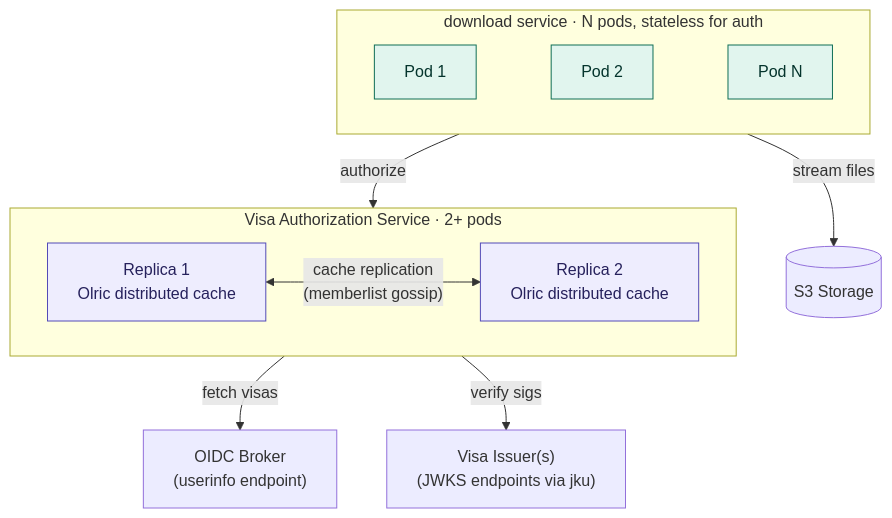
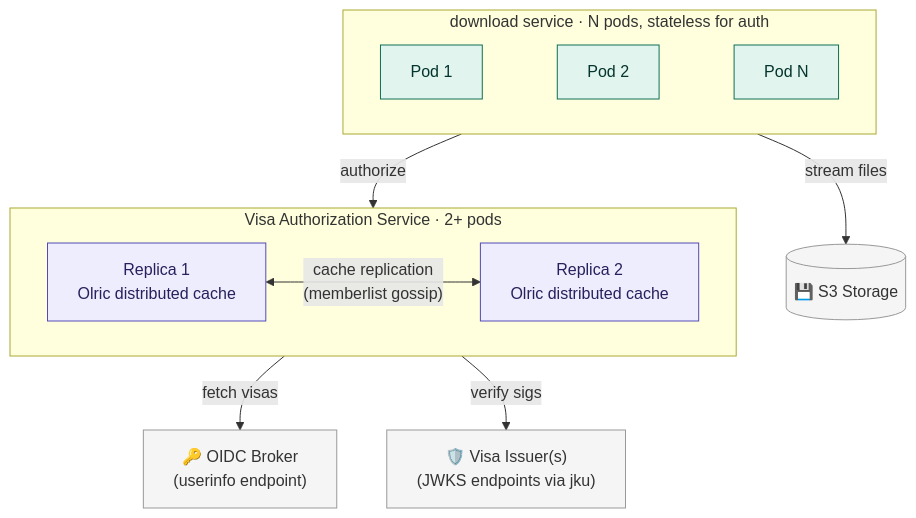
The second of 2 diagrams in docs/decisions/0004-separate-passport-clearinghouse-service.md (neicnordic/sensitive-data-archive), drawn with Mermaid before and after one commit. The commit also changed other lines of this file, not shown here.

Commit message:
docs(adr): improve Mermaid diagrams in ADR-0004
- Use classDef instead of per-node style for DRY reusable classes
- Add semantic icons (🔑 OIDC, 🛡️ JWKS, 💾 S3)
- Style external services with neutral gray to focus on SDA services
- Consistent color language across both diagrams

````diff
--- a/docs/decisions/0004-separate-passport-clearinghouse-service.md
+++ b/docs/decisions/0004-separate-passport-clearinghouse-service.md
@@ -147,28 +149,29 @@
 ```mermaid
 flowchart TB
     subgraph download["download service · N pods, stateless for auth"]
         D1["Pod 1"] ~~~ D2["Pod 2"] ~~~ DN["Pod N"]
     end
 
     subgraph auth["Visa Authorization Service · 2+ pods"]
         direction LR
         CH1["Replica 1\nOlric distributed cache"]
         CH2["Replica 2\nOlric distributed cache"]
         CH1 <-->|"cache replication\n(memberlist gossip)"| CH2
     end
 
-    OIDC["OIDC Broker\n(userinfo endpoint)"]
-    JWKS["Visa Issuer(s)\n(JWKS endpoints via jku)"]
-    S3[("S3 Storage")]
+    OIDC["🔑 OIDC Broker\n(userinfo endpoint)"]
+    JWKS["🛡️ Visa Issuer(s)\n(JWKS endpoints via jku)"]
+    S3[("💾 S3 Storage")]
 
     download -->|"authorize"| auth
     download -->|"stream files"| S3
     auth -->|"fetch visas"| OIDC
     auth -->|"verify sigs"| JWKS
 
-    style D1 fill:#e1f5ee,stroke:#0f6e56,color:#04342c
-    style D2 fill:#e1f5ee,stroke:#0f6e56,color:#04342c
-    style DN fill:#e1f5ee,stroke:#0f6e56,color:#04342c
-    style CH1 fill:#eeedfe,stroke:#534ab7,color:#26215c
-    style CH2 fill:#eeedfe,stroke:#534ab7,color:#26215c
+    classDef stateless fill:#e1f5ee,stroke:#0f6e56,color:#04342c
+    classDef authsvc fill:#eeedfe,stroke:#534ab7,color:#26215c
+    classDef external fill:#f5f5f5,stroke:#999,color:#333
+    class D1,D2,DN stateless
+    class CH1,CH2 authsvc
+    class OIDC,JWKS,S3 external
 ```
````
